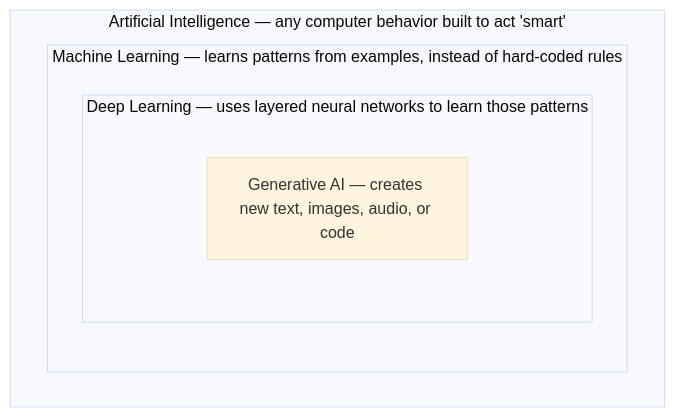
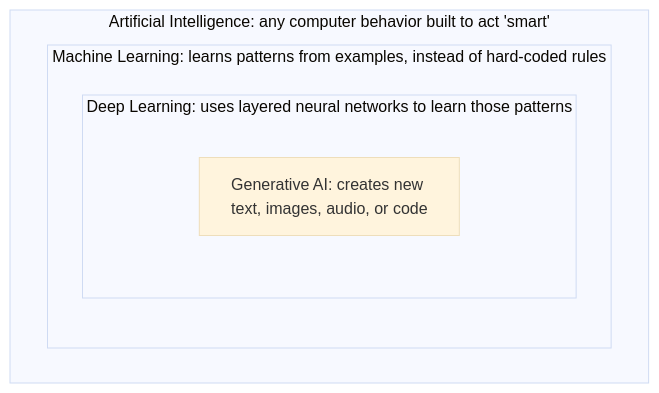
One commit to fewshot-works/academy changed the diagram in site/docs/tier-1-foundations/01-what-is-ai.md. Above: the diagram before and after it, drawn with Mermaid (base theme). The commit also changed other lines of this file and 3 other files, not shown here.

````diff
--- a/site/docs/tier-1-foundations/01-what-is-ai.md
+++ b/site/docs/tier-1-foundations/01-what-is-ai.md
@@ -15,10 +15,10 @@
 ```mermaid
 flowchart TB
-    subgraph AI["Artificial Intelligence — any computer behavior built to act 'smart'"]
-        subgraph ML["Machine Learning — learns patterns from examples, instead of hard-coded rules"]
-            subgraph DL["Deep Learning — uses layered neural networks to learn those patterns"]
-                GenAI["Generative AI — creates new text, images, audio, or code"]
+    subgraph AI["Artificial Intelligence: any computer behavior built to act 'smart'"]
+        subgraph ML["Machine Learning: learns patterns from examples, instead of hard-coded rules"]
+            subgraph DL["Deep Learning: uses layered neural networks to learn those patterns"]
+                GenAI["Generative AI: creates new text, images, audio, or code"]
             end
         end
     end
 ```
````
